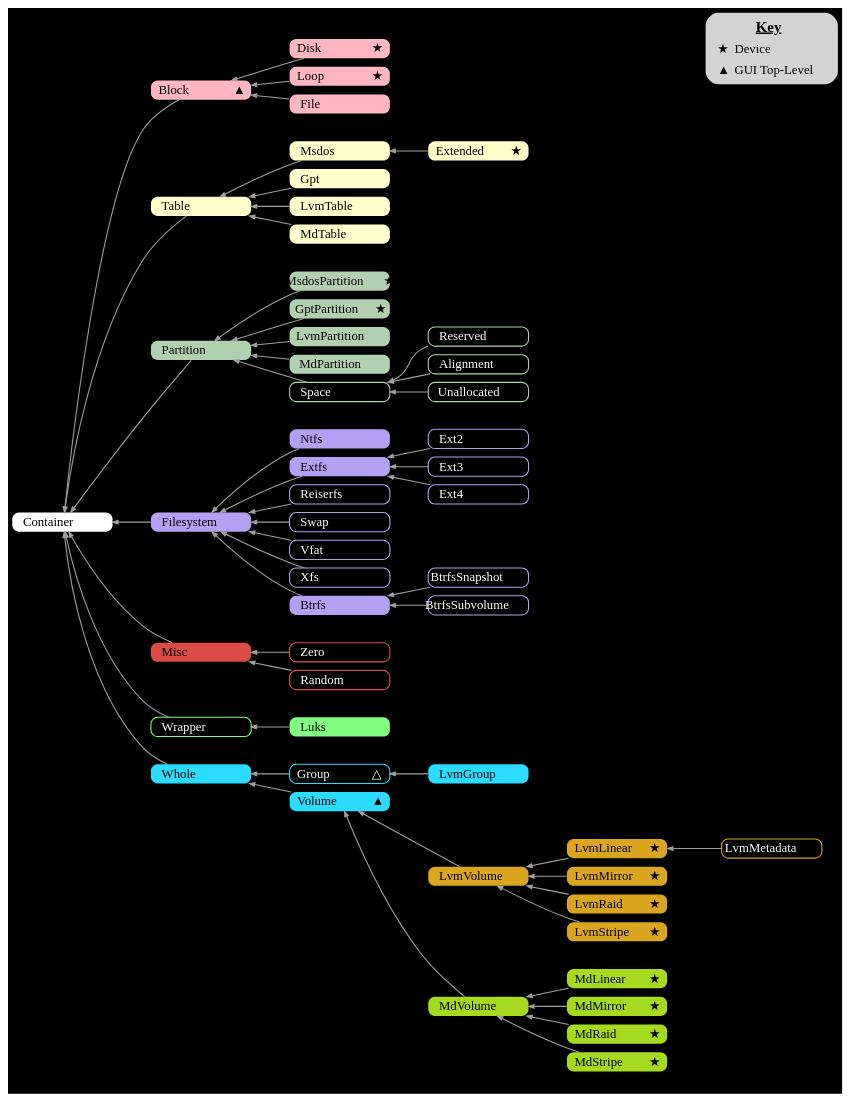
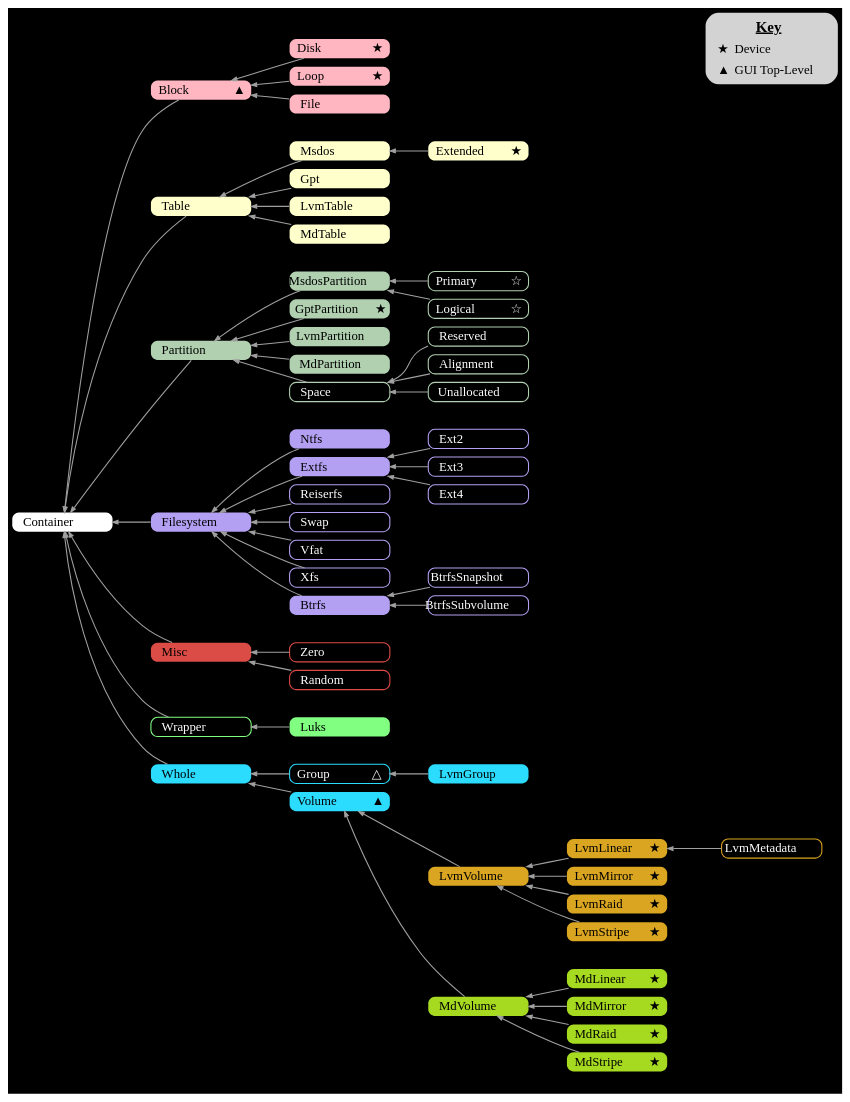
The diagram in gfx/class_dparted.gv (flatcap/dparted), drawn with Graphviz before and after one commit. The commit also changed 1 other file, not shown here.

Commit message:
msdos partition primary/logical

```diff
--- a/gfx/class_dparted.gv
+++ b/gfx/class_dparted.gv
@@ -46,7 +46,10 @@
 	MdTable        [ fillcolor="#FFFFCC"                                    label=< <table border="0" cellspacing="0" cellpadding="0"> <tr><td width="70" align="left">MdTable</td><td>&nbsp;</td></tr> </table> > ]
 
 	Partition      [ fillcolor="#B0D0B0"                                    label=< <table border="0" cellspacing="0" cellpadding="0"> <tr><td width="70" align="left">Partition</td><td>&nbsp;</td></tr> </table> > ]
-	MsdosPartition [ fillcolor="#B0D0B0"                                    label=< <table border="0" cellspacing="0" cellpadding="0"> <tr><td width="70" align="left">MsdosPartition</td><td>★</td></tr> </table> > ]
+	MsdosPartition [ fillcolor="#B0D0B0"                                    label=< <table border="0" cellspacing="0" cellpadding="0"> <tr><td width="70" align="left">MsdosPartition</td><td>&nbsp;</td></tr> </table> > ]
+	Primary        [ color="#B0D0B0" fontcolor=white style=solid penwidth=1 label=< <table border="0" cellspacing="0" cellpadding="0"> <tr><td width="70" align="left">Primary</td><td>☆</td></tr> </table> > ]
+	Logical        [ color="#B0D0B0" fontcolor=white style=solid penwidth=1 label=< <table border="0" cellspacing="0" cellpadding="0"> <tr><td width="70" align="left">Logical</td><td>☆</td></tr> </table> > ]
+
 	GptPartition   [ fillcolor="#B0D0B0"                                    label=< <table border="0" cellspacing="0" cellpadding="0"> <tr><td width="70" align="left">GptPartition</td><td>★</td></tr> </table> > ]
 	LvmPartition   [ fillcolor="#B0D0B0"                                    label=< <table border="0" cellspacing="0" cellpadding="0"> <tr><td width="70" align="left">LvmPartition</td><td>&nbsp;</td></tr> </table> > ]
 	MdPartition    [ fillcolor="#B0D0B0"                                    label=< <table border="0" cellspacing="0" cellpadding="0"> <tr><td width="70" align="left">MdPartition</td><td>&nbsp;</td></tr> </table> > ]
@@ -157,6 +160,9 @@
 		LvmPartition         -> Partition;
 		MdPartition          -> Partition;
 
+		Primary              -> MsdosPartition;
+		Logical              -> MsdosPartition;
+
 		Space                -> Partition;
 		Reserved             -> Space;
 		Alignment            -> Space;
```
